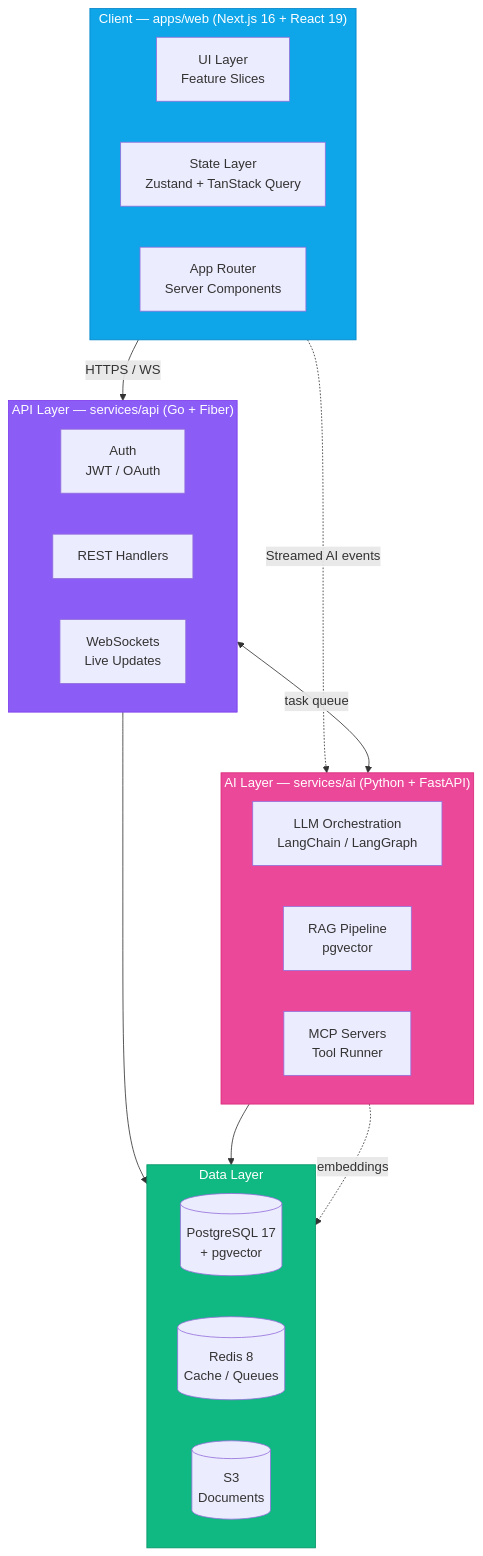
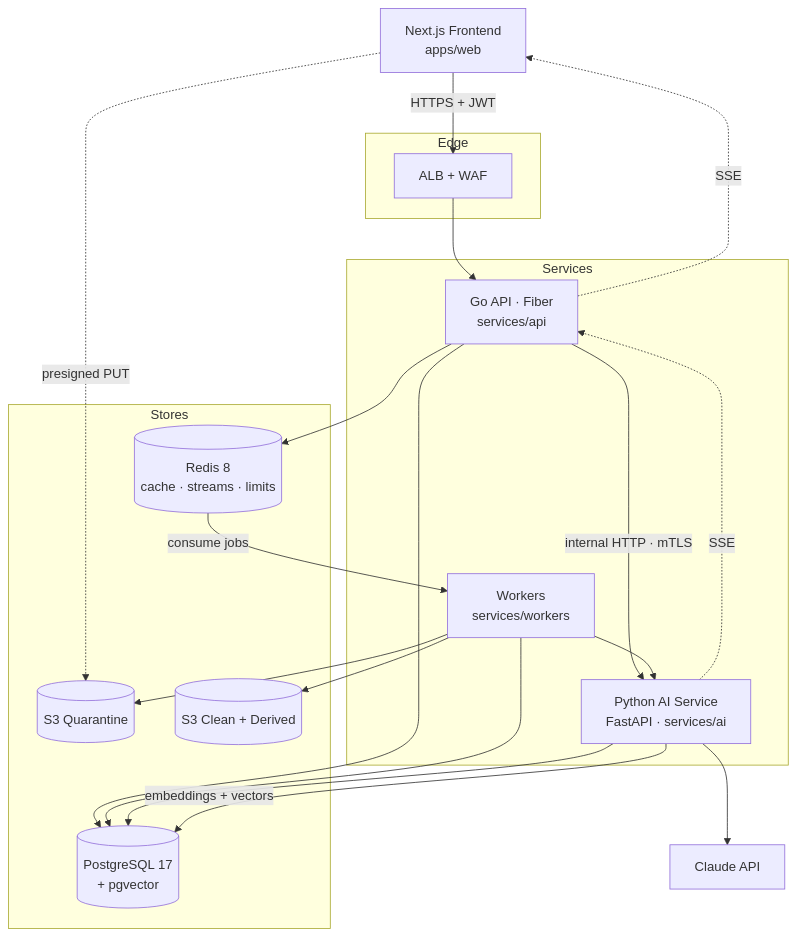
One commit to priyangshu24/Orion changed the second of 20 diagrams in README.md. Above: the diagram before and after it, drawn with Mermaid. The commit also changed other lines of this file, not shown here.

Commit message:
docs: restructure README architecture documentation and add implementation status table

````diff
--- a/README.md
+++ b/README.md
@@ -160,46 +244,39 @@
 ```mermaid
 flowchart TB
-    subgraph Client["Client — apps/web (Next.js 16 + React 19)"]
-        direction LR
-        UI[UI Layer<br/>Feature Slices]
-        State[State Layer<br/>Zustand + TanStack Query]
-        Router[App Router<br/>Server Components]
+    FE[Next.js Frontend<br/>apps/web]
+
+    subgraph Edge
+        GW[ALB + WAF]
     end
 
-    subgraph API["API Layer — services/api (Go + Fiber)"]
-        direction LR
-        Auth[Auth<br/>JWT / OAuth]
-        REST[REST Handlers]
-        WS[WebSockets<br/>Live Updates]
+    subgraph Services
+        API[Go API · Fiber<br/>services/api]
+        AIS[Python AI Service<br/>FastAPI · services/ai]
+        WRK[Workers<br/>services/workers]
     end
 
-    subgraph AI["AI Layer — services/ai (Python + FastAPI)"]
-        direction LR
-        LLM[LLM Orchestration<br/>LangChain / LangGraph]
-        RAG[RAG Pipeline<br/>pgvector]
-        MCP[MCP Servers<br/>Tool Runner]
+    subgraph Stores
+        PG[(PostgreSQL 17<br/>+ pgvector)]
+        RD[(Redis 8<br/>cache · streams · limits)]
+        S3Q[(S3 Quarantine)]
+        S3C[(S3 Clean + Derived)]
     end
 
-    subgraph Data["Data Layer"]
-        direction LR
-        PG[(PostgreSQL 17<br/>+ pgvector)]
-        Redis[(Redis 8<br/>Cache / Queues)]
-        S3[(S3<br/>Documents)]
-    end
+    LLM[Claude API]
 
-    Client -->|HTTPS / WS| API
-    Client -.->|Streamed AI events| AI
-    API --> Data
-    API <-->|task queue| AI
-    AI --> Data
-    AI -.->|embeddings| PG
-
-    classDef client fill:#0ea5e9,stroke:#0284c7,color:#fff
-    classDef api fill:#8b5cf6,stroke:#7c3aed,color:#fff
-    classDef ai fill:#ec4899,stroke:#db2777,color:#fff
-    classDef data fill:#10b981,stroke:#059669,color:#fff
-    class Client client
-    class API api
-    class AI ai
-    class Data data
+    FE -->|HTTPS + JWT| GW --> API
+    FE -.->|presigned PUT| S3Q
+    API --> PG
+    API --> RD
+    API -->|internal HTTP · mTLS| AIS
+    RD -->|consume jobs| WRK
+    WRK --> S3Q
+    WRK --> S3C
+    WRK --> AIS
+    WRK --> PG
+    AIS --> PG
+    AIS -->|embeddings + vectors| PG
+    AIS --> LLM
+    AIS -.->|SSE| API
+    API -.->|SSE| FE
 ```
````
